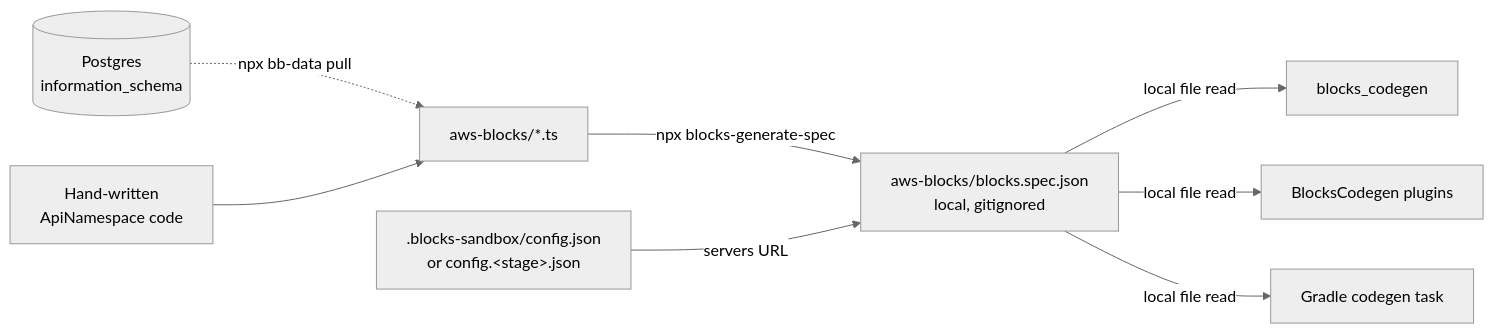
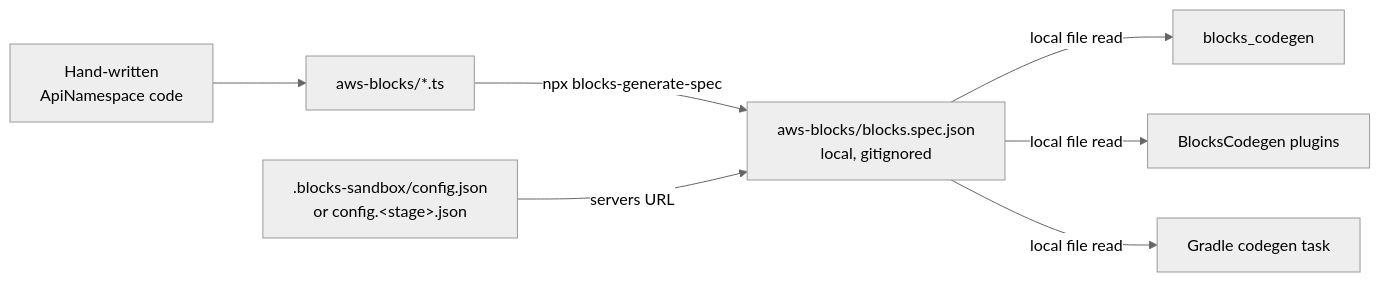
The diagram in docs/native-clients/codegen-design.md (aws-devtools-labs/aws-blocks), drawn with Mermaid (neutral theme) before and after one commit. The commit also changed other lines of this file and 60 other files, not shown here.

````diff
--- a/docs/native-clients/codegen-design.md
+++ b/docs/native-clients/codegen-design.md
@@ -312,10 +312,9 @@
 ```mermaid
 flowchart LR
-  DB[(Postgres<br/>information_schema)] -. "npx bb-data pull" .-> TS
   App[Hand-written<br/>ApiNamespace code] --> TS[aws-blocks/*.ts]
   TS -- "npx blocks-generate-spec" --> Spec[aws-blocks/blocks.spec.json<br/>local, gitignored]
   Sandbox[.blocks-sandbox/config.json<br/>or config.&lt;stage&gt;.json] -- servers URL --> Spec
   Spec -- local file read --> Dart[blocks_codegen]
   Spec -- local file read --> Swift[BlocksCodegen plugins]
   Spec -- local file read --> Kotlin[Gradle codegen task]
 ```
````
